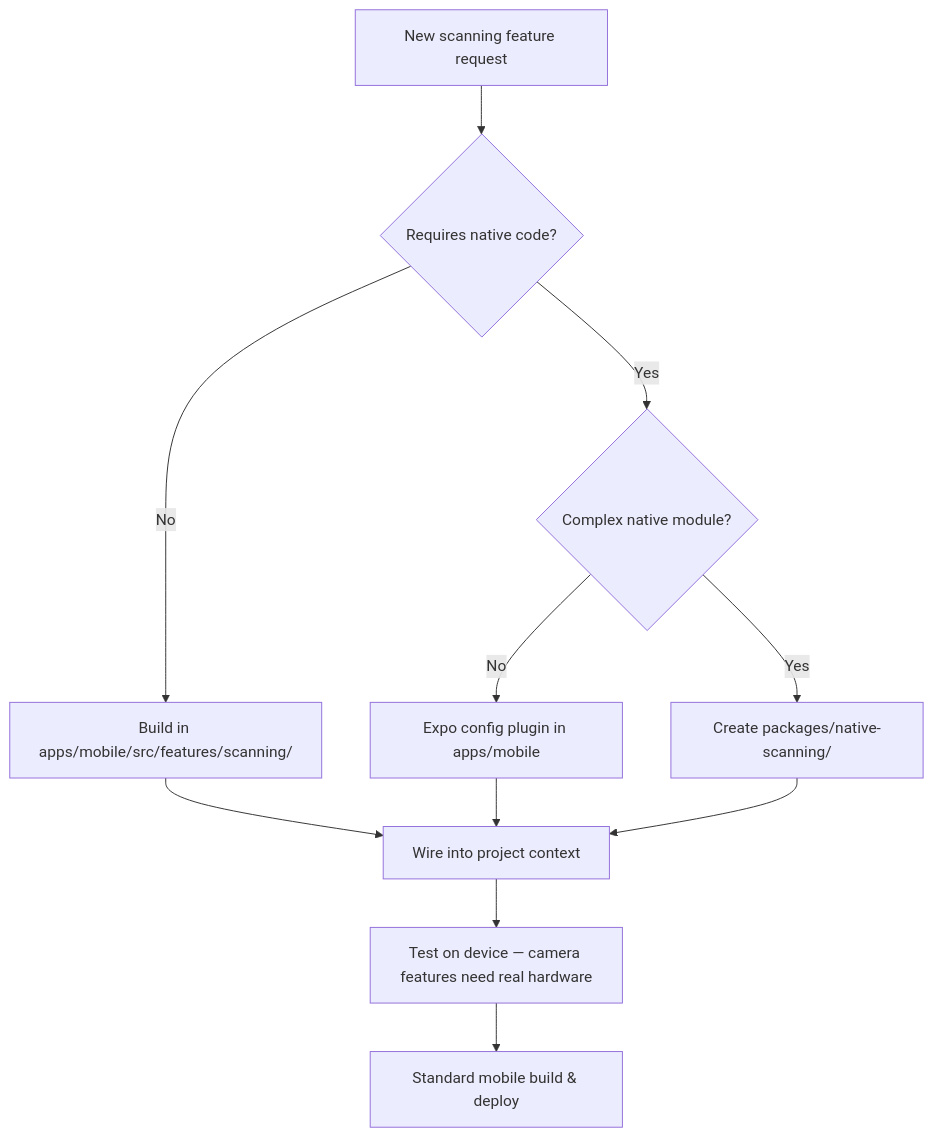
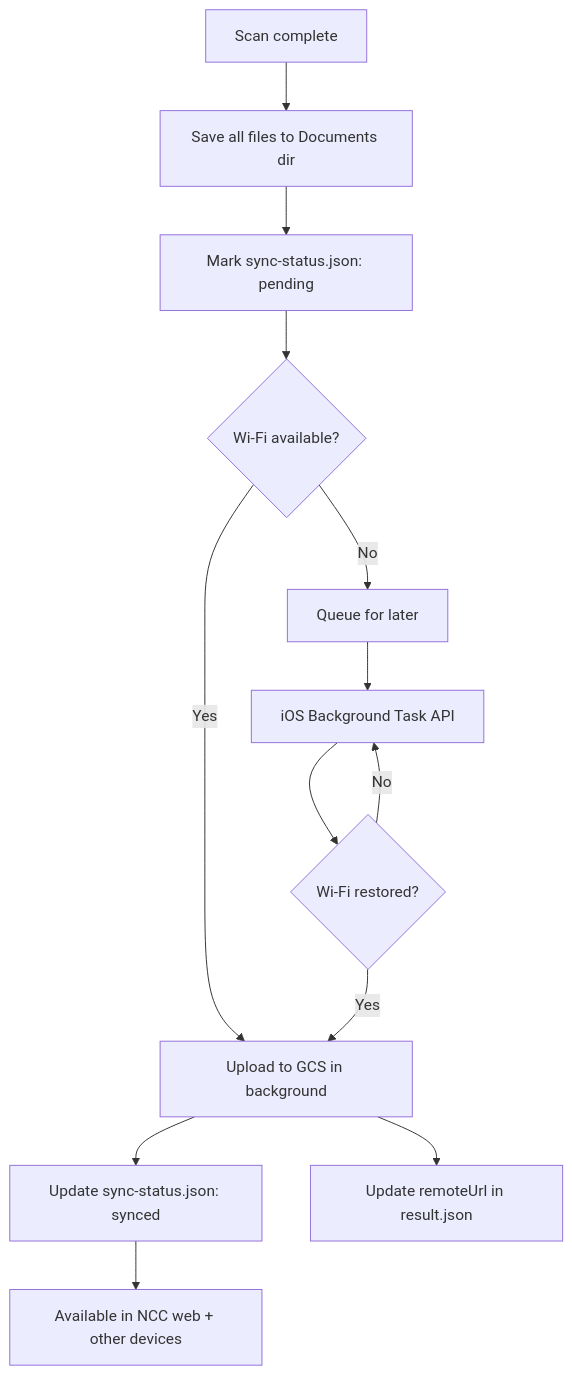
Before and after one commit to paulgagnon1969/nexus-enterprise: the first of 4 diagrams in docs/sops-staging/mobile-scanning-architecture-decision.md, drawn with Mermaid. The commit also changed other lines of this file and 7 other files, not shown here.

First line of the commit message:
feat(mobile): ScanNEX Phase 1 — AR measurement module, API endpoints, SOP

````diff
--- a/docs/sops-staging/mobile-scanning-architecture-decision.md
+++ b/docs/sops-staging/mobile-scanning-architecture-decision.md
@@ -92,13 +330,15 @@
 ```mermaid
 flowchart TD
-    A[New scanning feature request] --> B{Requires native code?}
-    B -->|No| C[Build in apps/mobile/src/features/scanning/]
-    B -->|Yes| D{Complex native module?}
-    D -->|No| E[Expo config plugin in apps/mobile]
-    D -->|Yes| F[Create packages/native-scanning/]
-    C --> G[Wire into project context]
-    E --> G
-    F --> G
-    G --> H[Test on device — camera features need real hardware]
-    H --> I[Standard mobile build & deploy]
+    A[Scan complete] --> B[Save all files to Documents dir]
+    B --> C[Mark sync-status.json: pending]
+    C --> D{Wi-Fi available?}
+    D -->|Yes| E[Upload to GCS in background]
+    D -->|No| F[Queue for later]
+    E --> G[Update sync-status.json: synced]
+    E --> H[Update remoteUrl in result.json]
+    F --> I[iOS Background Task API]
+    I --> J{Wi-Fi restored?}
+    J -->|Yes| E
+    J -->|No| I
+    G --> K[Available in NCC web + other devices]
 ```
````
